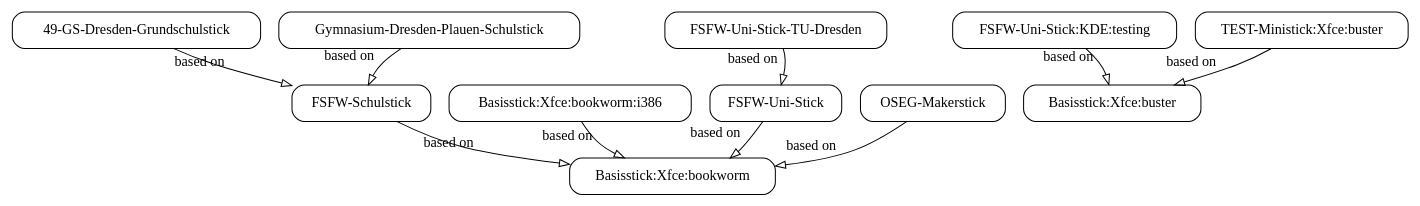
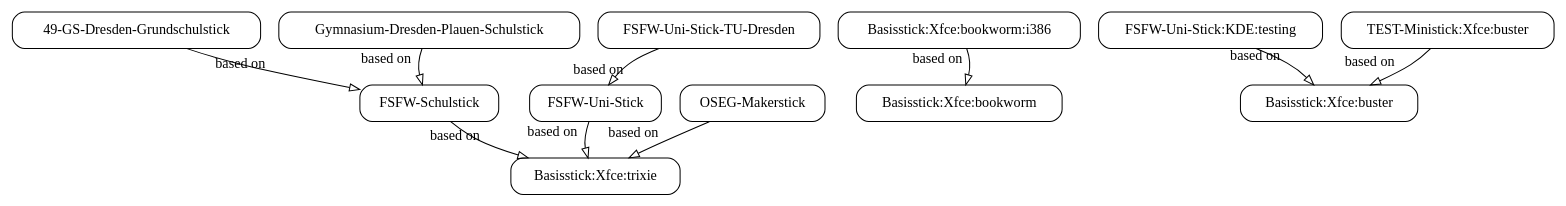
Before and after one commit to fsfw-dresden/usb-live-linux: the diagram in variants.build/features.adoc, drawn with Graphviz. The commit also changed other lines of this file and 2 other files, not shown here.

```diff
--- a/variants.build/features.adoc
+++ b/variants.build/features.adoc
@@ -53,22 +53,22 @@
 [graphviz, build-variant-inheritance.png, dot]
 -------
 digraph build_variants {
   splines=curved;
   node [
     shape = box,
     style = rounded
   ];
   edge [
     arrowhead = empty
   ];
   "49-GS-Dresden-Grundschulstick" -> "FSFW-Schulstick" [ xlabel = "based on" ];
   "Basisstick:Xfce:bookworm:i386" -> "Basisstick:Xfce:bookworm" [ xlabel = "based on" ];
-  "FSFW-Schulstick" -> "Basisstick:Xfce:bookworm" [ xlabel = "based on" ];
-  "FSFW-Uni-Stick" -> "Basisstick:Xfce:bookworm" [ xlabel = "based on" ];
+  "FSFW-Schulstick" -> "Basisstick:Xfce:trixie" [ xlabel = "based on" ];
+  "FSFW-Uni-Stick" -> "Basisstick:Xfce:trixie" [ xlabel = "based on" ];
   "FSFW-Uni-Stick:KDE:testing" -> "Basisstick:Xfce:buster" [ xlabel = "based on" ];
   "FSFW-Uni-Stick-TU-Dresden" -> "FSFW-Uni-Stick" [ xlabel = "based on" ];
   "Gymnasium-Dresden-Plauen-Schulstick" -> "FSFW-Schulstick" [ xlabel = "based on" ];
-  "OSEG-Makerstick" -> "Basisstick:Xfce:bookworm" [ xlabel = "based on" ];
+  "OSEG-Makerstick" -> "Basisstick:Xfce:trixie" [ xlabel = "based on" ];
   "TEST-Ministick:Xfce:buster" -> "Basisstick:Xfce:buster" [ xlabel = "based on" ];
 }
 -------
```
